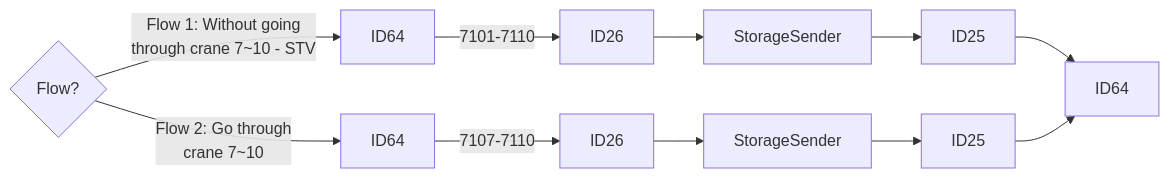
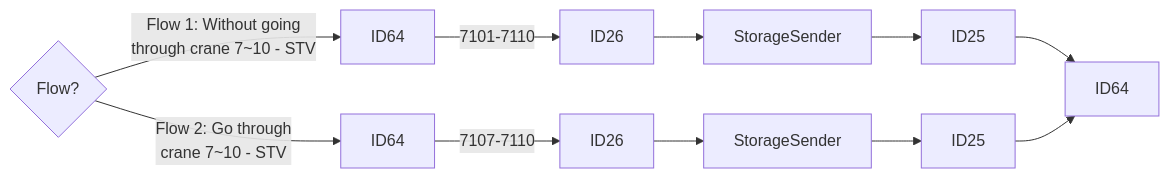
The second of 25 diagrams in Basic-Design/DFD-WMS/Storage/Palletizing-Settting/Palletize-Start.md (luthfiadityaa/SimeDarby-Wiki), drawn with Mermaid before and after one commit.

Commit message:
Updated Palletize Start

```diff
--- a/Basic-Design/DFD-WMS/Storage/Palletizing-Settting/Palletize-Start.md
+++ b/Basic-Design/DFD-WMS/Storage/Palletizing-Settting/Palletize-Start.md
@@ -15,13 +15,13 @@
 ::: mermaid
 flowchart LR
 
 Cond2{Flow?}
 
 Cond2 --> |Flow 1: Without going 
 through crane 7~10 - STV| P8[ID64]
 Cond2 --> |Flow 2: Go through 
-crane 7~10| P9[ID64]
+crane 7~10 - STV| P9[ID64]
 
 P8[ID64]--> |7101-7110| P10[ID26]-->P11[StorageSender]-->P12[ID25]-->P18[ID64]
 P9[ID64]--> |7107-7110| P15[ID26]-->P16[StorageSender]-->P17[ID25]-->P18[ID64]
 :::
```
